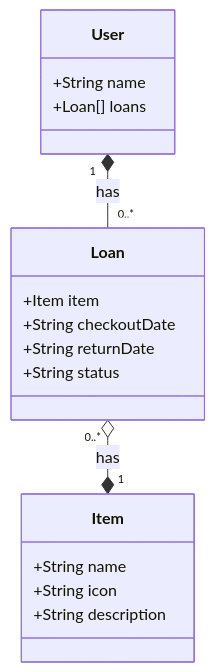
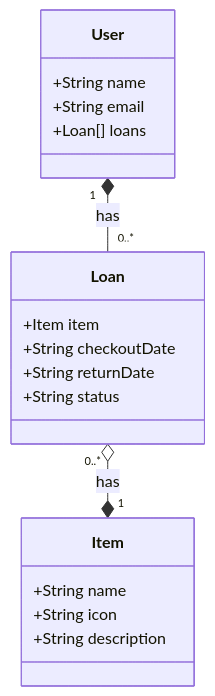
The diagram in README.md (MurilloMMartins/decola-tech-2025-rest-api), drawn with Mermaid before and after one commit. The commit also changed 2 other files, not shown here.

Commit message:
Added email do User and updated User-Loan relationship

````diff
--- a/README.md
+++ b/README.md
@@ -5,23 +5,24 @@
 ```mermaid
 classDiagram
     class User {
         +String name
+        +String email
         +Loan[] loans
     }
 
     class Loan {
         +Item item
         +String checkoutDate
         +String returnDate
         +String status
     }
 
     class Item {
         +String name
         +String icon
         +String description
     }
 
     User "1" *-- "0..*" Loan : has
     Loan "0..*" o--* "1" Item : has
 ```
````
